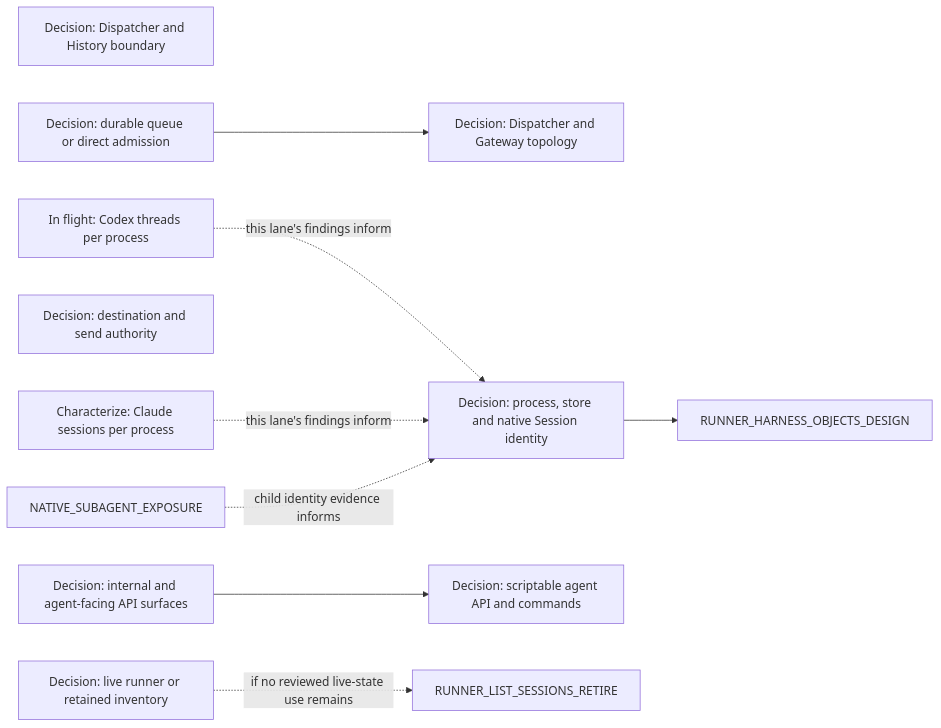
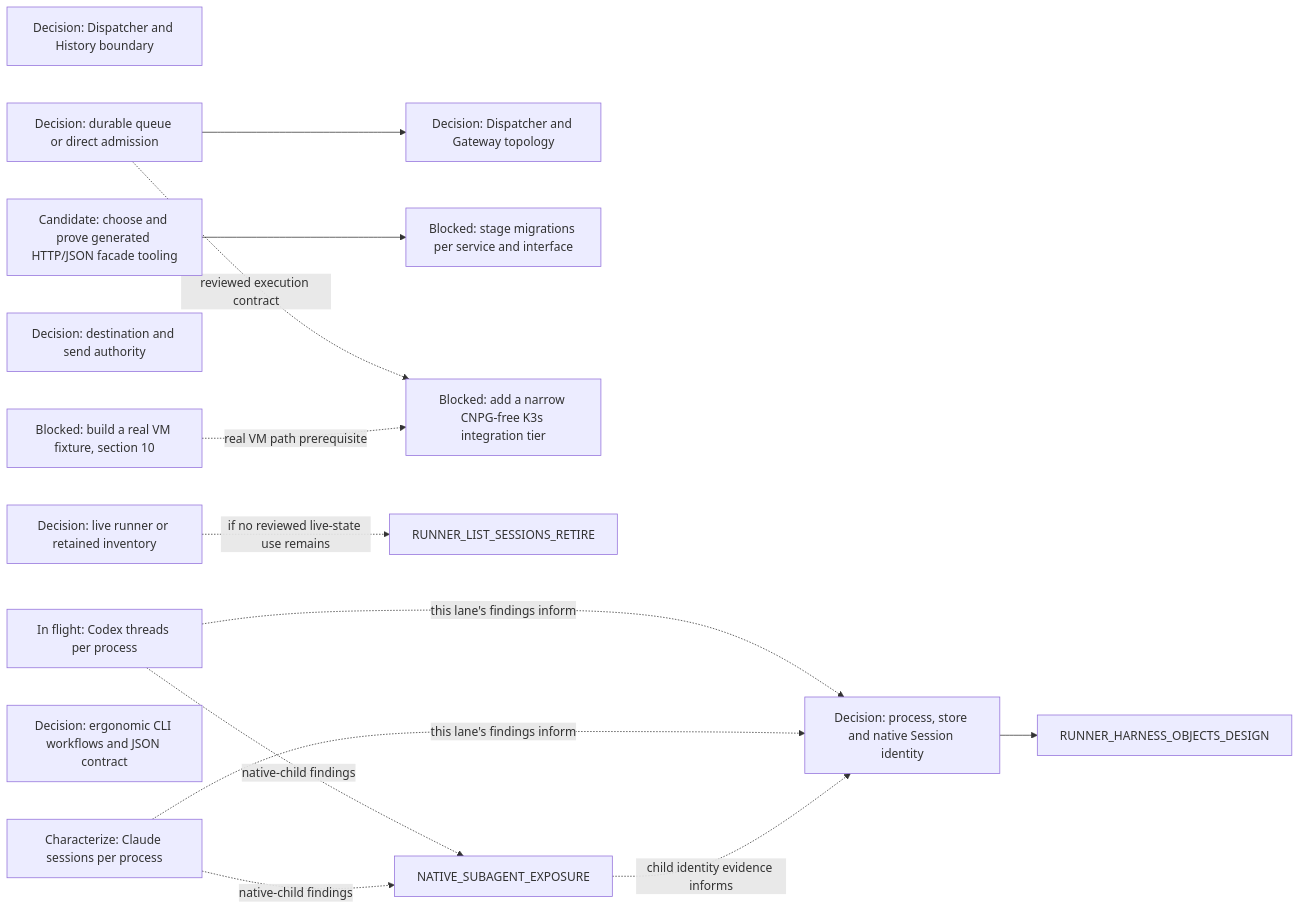
Diagram 17 of 17 in agentplane/plans/task_dag.md (agentydragon/ducktape), drawn with Mermaid before and after one commit. The commit also changed other lines of this file and 1 other file, not shown here.

Commit message:
Record Agentplane delivery design directions

````diff
--- a/agentplane/plans/task_dag.md
+++ b/agentplane/plans/task_dag.md
@@ -1480,20 +1485,27 @@
 ```mermaid
 flowchart LR
     DISPATCHER_HISTORY_BOUNDARY_DESIGN[Decision: Dispatcher and History boundary]
     DISPATCHER_PERSISTENCE_MODEL_DESIGN[Decision: durable queue or direct admission]
     DISPATCHER_GATEWAY_TOPOLOGY_DESIGN[Decision: Dispatcher and Gateway topology]
     RUNNER_INVENTORY_AUTHORITY_DESIGN[Decision: live runner or retained inventory]
     DELIVERY_DESTINATION_AUTHORITY_DESIGN[Decision: destination and send authority]
     CODEX_APP_SERVER_MULTIPLEXING[In flight: Codex threads per process]
     CLAUDE_STREAM_SESSION_MULTIPLEXING[Characterize: Claude sessions per process]
     HARNESS_IDENTITY_DESIGN[Decision: process, store and native Session identity]
-    INTERNAL_API_SURFACE_DESIGN[Decision: internal and agent-facing API surfaces]
-    AGENT_API_TOOLING_DESIGN[Decision: scriptable agent API and commands]
+    HTTP_JSON_FACADE_TOOLING_SPIKE[Candidate: choose and prove generated HTTP/JSON facade tooling]
+    SERVICE_API_TRANSPORT_MIGRATIONS[Blocked: stage migrations per service and interface]
+    AGENT_API_TOOLING_DESIGN[Decision: ergonomic CLI workflows and JSON contract]
+    CNPG_FREE_K3S_INTEGRATION_TIER[Blocked: add a narrow CNPG-free K3s integration tier]
+    K3S_VM_IMAGE[Blocked: build a real VM fixture, section 10]
     DISPATCHER_PERSISTENCE_MODEL_DESIGN --> DISPATCHER_GATEWAY_TOPOLOGY_DESIGN
     RUNNER_INVENTORY_AUTHORITY_DESIGN -. if no reviewed live-state use remains .-> RUNNER_LIST_SESSIONS_RETIRE
     CODEX_APP_SERVER_MULTIPLEXING -. this lane's findings inform .-> HARNESS_IDENTITY_DESIGN
     CLAUDE_STREAM_SESSION_MULTIPLEXING -. this lane's findings inform .-> HARNESS_IDENTITY_DESIGN
+    CODEX_APP_SERVER_MULTIPLEXING -. native-child findings .-> NATIVE_SUBAGENT_EXPOSURE
+    CLAUDE_STREAM_SESSION_MULTIPLEXING -. native-child findings .-> NATIVE_SUBAGENT_EXPOSURE
     NATIVE_SUBAGENT_EXPOSURE -. child identity evidence informs .-> HARNESS_IDENTITY_DESIGN
     HARNESS_IDENTITY_DESIGN --> RUNNER_HARNESS_OBJECTS_DESIGN
-    INTERNAL_API_SURFACE_DESIGN --> AGENT_API_TOOLING_DESIGN
+    HTTP_JSON_FACADE_TOOLING_SPIKE --> SERVICE_API_TRANSPORT_MIGRATIONS
+    DISPATCHER_PERSISTENCE_MODEL_DESIGN -. reviewed execution contract .-> CNPG_FREE_K3S_INTEGRATION_TIER
+    K3S_VM_IMAGE -. real VM path prerequisite .-> CNPG_FREE_K3S_INTEGRATION_TIER
 ```
````
